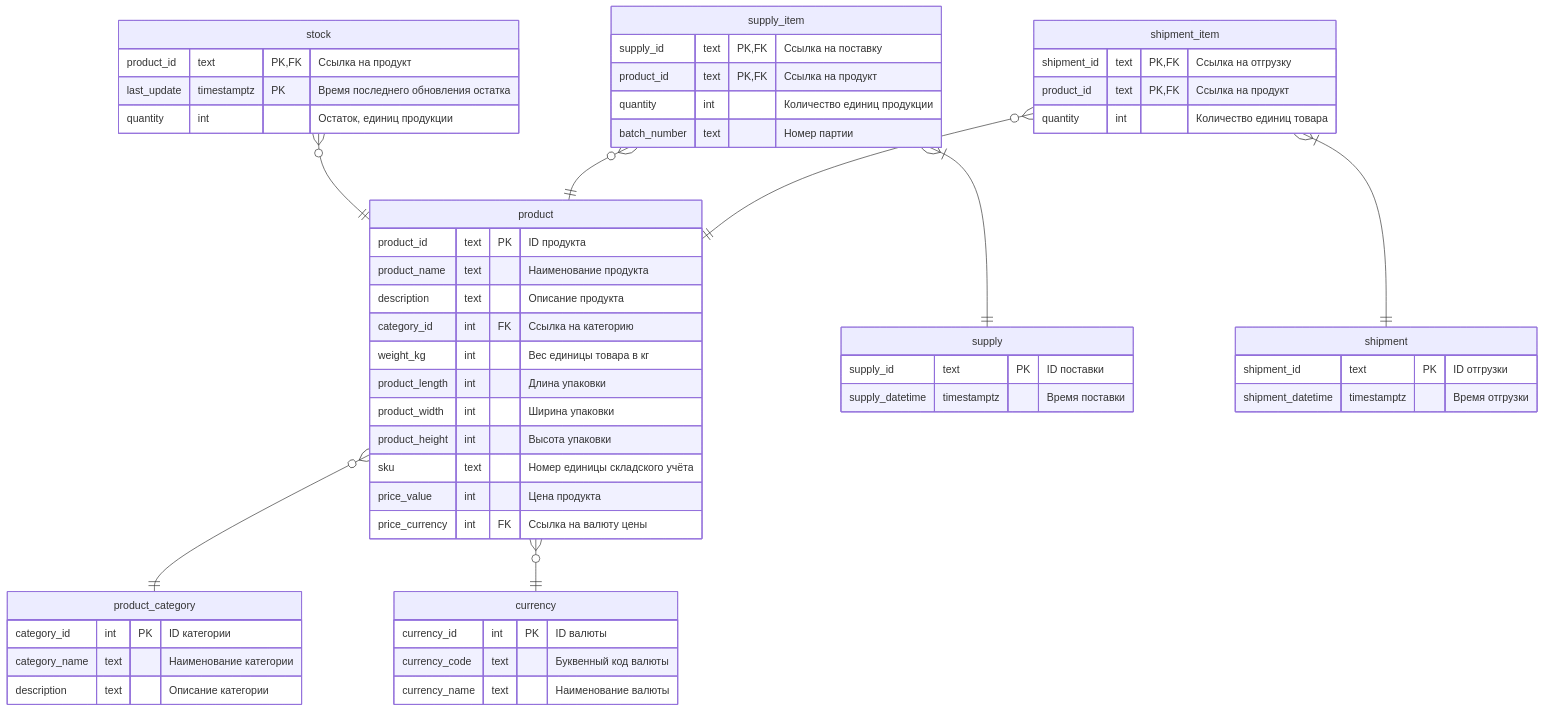
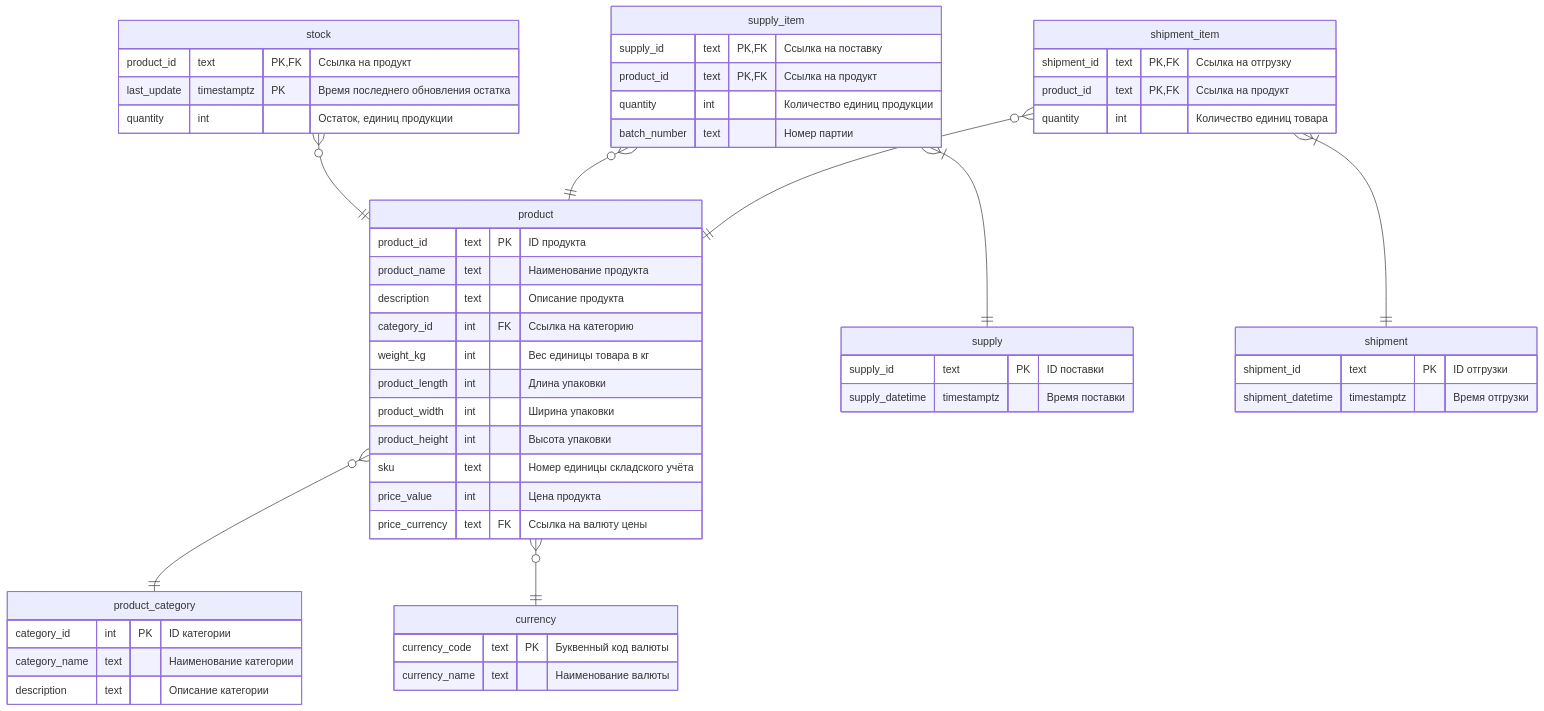
One commit to vgorbikov/dq-practice changed the sixth of 6 diagrams in docs/db_schema/Сервисы предприятия.md. Above: the diagram before and after it, drawn with Mermaid. The commit also changed other lines of this file and 2 other files, not shown here.

Commit message:
fix db-schema

````diff
--- a/docs/db_schema/Сервисы предприятия.md
+++ b/docs/db_schema/Сервисы предприятия.md
@@ -383,70 +382,69 @@
 ```mermaid
 erDiagram
 
 product {
     product_id text PK "ID продукта"
     product_name text "Наименование продукта"
     description text "Описание продукта"
     category_id int FK "Ссылка на категорию"
     weight_kg int "Вес единицы товара в кг"
     product_length int "Длина упаковки"
     product_width int "Ширина упаковки"
     product_height int "Высота упаковки"
     sku text "Номер единицы складского учёта"
     price_value int "Цена продукта"
-    price_currency int FK "Ссылка на валюту цены"
+    price_currency text FK "Ссылка на валюту цены"
 }
 
 product_category {
     category_id int PK "ID категории"
     category_name text "Наименование категории"
     description text "Описание категории"
 }
 
 stock {
     product_id text PK,FK "Ссылка на продукт"
     last_update timestamptz PK "Время последнего обновления остатка"
     quantity int "Остаток, единиц продукции"
 }
 
 supply {
     supply_id text PK "ID поставки"
     supply_datetime timestamptz "Время поставки"
 }
 
 supply_item {
     supply_id text PK,FK "Ссылка на поставку"
     product_id text PK,FK "Ссылка на продукт"
     quantity int "Количество единиц продукции"
     batch_number text "Номер партии"
 }
 
 shipment {
     shipment_id text PK "ID отгрузки"
     shipment_datetime timestamptz "Время отгрузки"
 }
 
 shipment_item {
     shipment_id text PK,FK "Ссылка на отгрузку"
     product_id text PK,FK "Ссылка на продукт"
     quantity int "Количество единиц товара"
 }
 
 currency {
-    currency_id int PK "ID валюты"
-    currency_code text "Буквенный код валюты"
+    currency_code text PK "Буквенный код валюты"
     currency_name text "Наименование валюты"
 }
 
 product }o--|| product_category : ""
 product }o--|| currency : ""
 
 stock }o--|| product : ""
 
 supply_item }o--|| product : ""
 supply_item }|--|| supply : ""
 
 shipment_item }o--|| product : ""
 shipment_item }|--|| shipment : ""
 
 ```
````
